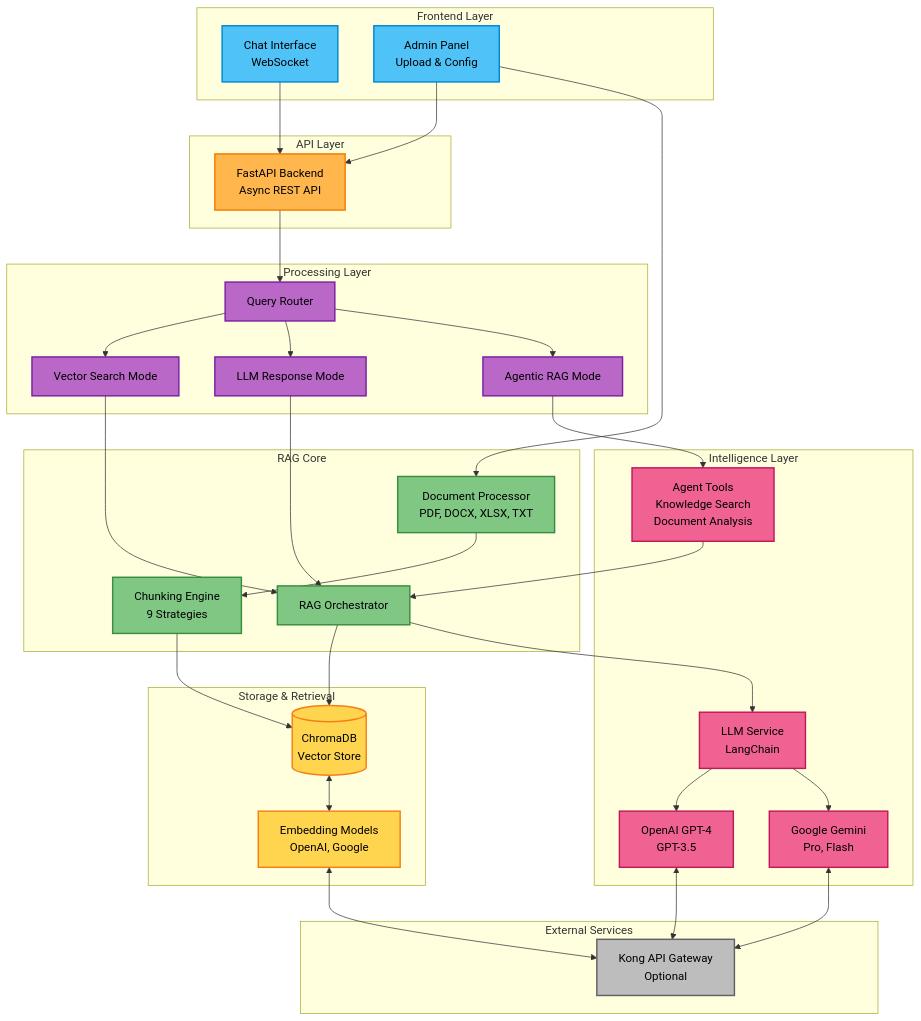
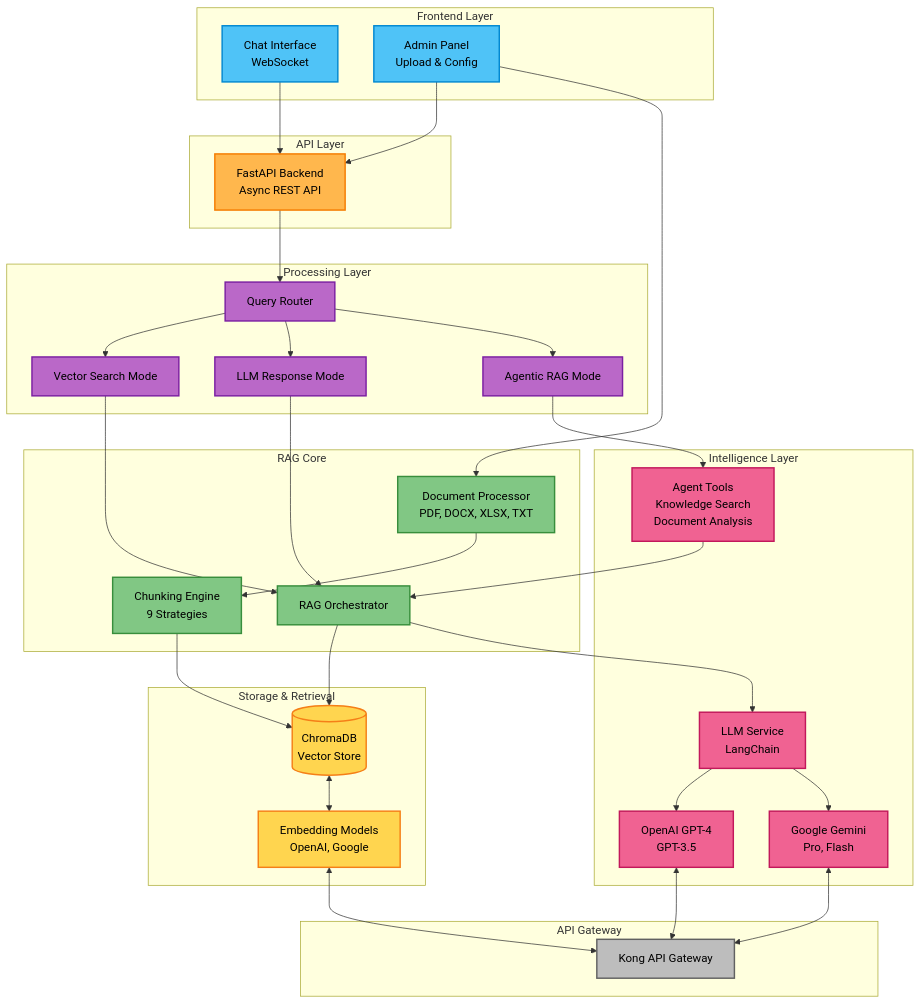
One commit to hmunjuluri05/custom-rag changed the diagram in README.md. Above: the diagram before and after it, drawn with Mermaid. The commit also changed 1 other file, not shown here.

````diff
--- a/README.md
+++ b/README.md
@@ -141,76 +141,76 @@
 ```mermaid
 graph TB
     subgraph "Frontend Layer"
         A[Chat Interface<br/>WebSocket]
         B[Admin Panel<br/>Upload & Config]
     end
 
     subgraph "API Layer"
         C[FastAPI Backend<br/>Async REST API]
     end
 
     subgraph "Processing Layer"
         D[Query Router]
         E[Vector Search Mode]
         F[LLM Response Mode]
         G[Agentic RAG Mode]
     end
 
     subgraph "RAG Core"
         H[Document Processor<br/>PDF, DOCX, XLSX, TXT]
         I[Chunking Engine<br/>9 Strategies]
         J[RAG Orchestrator]
     end
 
     subgraph "Storage & Retrieval"
         K[(ChromaDB<br/>Vector Store)]
         L[Embedding Models<br/>OpenAI, Google]
     end
 
     subgraph "Intelligence Layer"
         M[LLM Service<br/>LangChain]
         N[OpenAI GPT-4<br/>GPT-3.5]
         O[Google Gemini<br/>Pro, Flash]
         P[Agent Tools<br/>Knowledge Search<br/>Document Analysis]
     end
 
-    subgraph "External Services"
-        Q[Kong API Gateway<br/>Optional]
+    subgraph "API Gateway"
+        Q[Kong API Gateway]
     end
 
     A --> C
     B --> C
     C --> D
     D --> E & F & G
     E --> J
     F --> J
     G --> P
     P --> J
     B --> H
     H --> I
     I --> K
     J --> K
     J --> M
     K <--> L
     M --> N & O
     N & O <--> Q
     L <--> Q
 
     style A fill:#4FC3F7,stroke:#0288D1,stroke-width:2px,color:#000
     style B fill:#4FC3F7,stroke:#0288D1,stroke-width:2px,color:#000
     style C fill:#FFB74D,stroke:#F57C00,stroke-width:2px,color:#000
     style D fill:#BA68C8,stroke:#7B1FA2,stroke-width:2px,color:#000
     style E fill:#BA68C8,stroke:#7B1FA2,stroke-width:2px,color:#000
     style F fill:#BA68C8,stroke:#7B1FA2,stroke-width:2px,color:#000
     style G fill:#BA68C8,stroke:#7B1FA2,stroke-width:2px,color:#000
     style H fill:#81C784,stroke:#388E3C,stroke-width:2px,color:#000
     style I fill:#81C784,stroke:#388E3C,stroke-width:2px,color:#000
     style J fill:#81C784,stroke:#388E3C,stroke-width:2px,color:#000
     style K fill:#FFD54F,stroke:#F57F17,stroke-width:2px,color:#000
     style L fill:#FFD54F,stroke:#F57F17,stroke-width:2px,color:#000
     style M fill:#F06292,stroke:#C2185B,stroke-width:2px,color:#000
     style N fill:#F06292,stroke:#C2185B,stroke-width:2px,color:#000
     style O fill:#F06292,stroke:#C2185B,stroke-width:2px,color:#000
     style P fill:#F06292,stroke:#C2185B,stroke-width:2px,color:#000
     style Q fill:#BDBDBD,stroke:#616161,stroke-width:2px,color:#000
 ```
````
